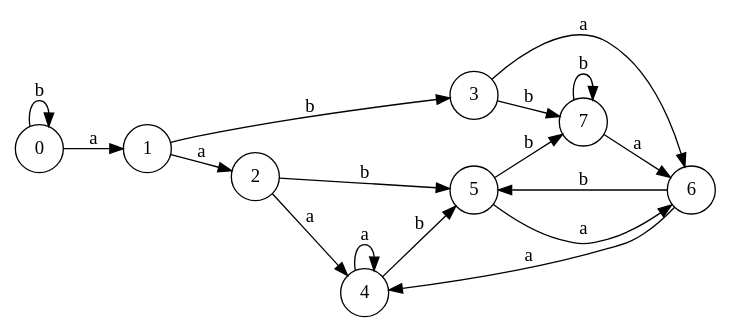
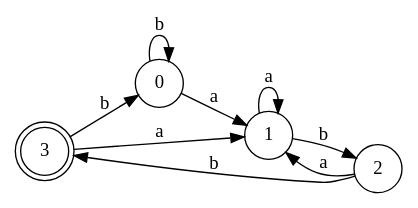
Before and after one commit to gusta257/Compis1: the diagram in fsmasd.gv, drawn with Graphviz. The commit also changed 8 other files, not shown here.

```diff
--- a/fsmasd.gv
+++ b/fsmasd.gv
@@ -1,35 +1,21 @@
 digraph finite_state_machine {
 	rankdir=LR size="8,5"
+	node [shape=doublecircle]
+	3
 	node [shape=circle]
 	0 -> 1 [label=a]
 	node [shape=circle]
 	0 -> 0 [label=b]
 	node [shape=circle]
-	1 -> 2 [label=a]
+	1 -> 1 [label=a]
 	node [shape=circle]
-	1 -> 3 [label=b]
+	1 -> 2 [label=b]
 	node [shape=circle]
-	2 -> 4 [label=a]
+	2 -> 1 [label=a]
 	node [shape=circle]
-	2 -> 5 [label=b]
+	2 -> 3 [label=b]
 	node [shape=circle]
-	3 -> 6 [label=a]
+	3 -> 1 [label=a]
 	node [shape=circle]
-	3 -> 7 [label=b]
-	node [shape=circle]
-	4 -> 4 [label=a]
-	node [shape=circle]
-	4 -> 5 [label=b]
-	node [shape=circle]
-	5 -> 6 [label=a]
-	node [shape=circle]
-	5 -> 7 [label=b]
-	node [shape=circle]
-	6 -> 4 [label=a]
-	node [shape=circle]
-	6 -> 5 [label=b]
-	node [shape=circle]
-	7 -> 6 [label=a]
-	node [shape=circle]
-	7 -> 7 [label=b]
+	3 -> 0 [label=b]
 }
```
